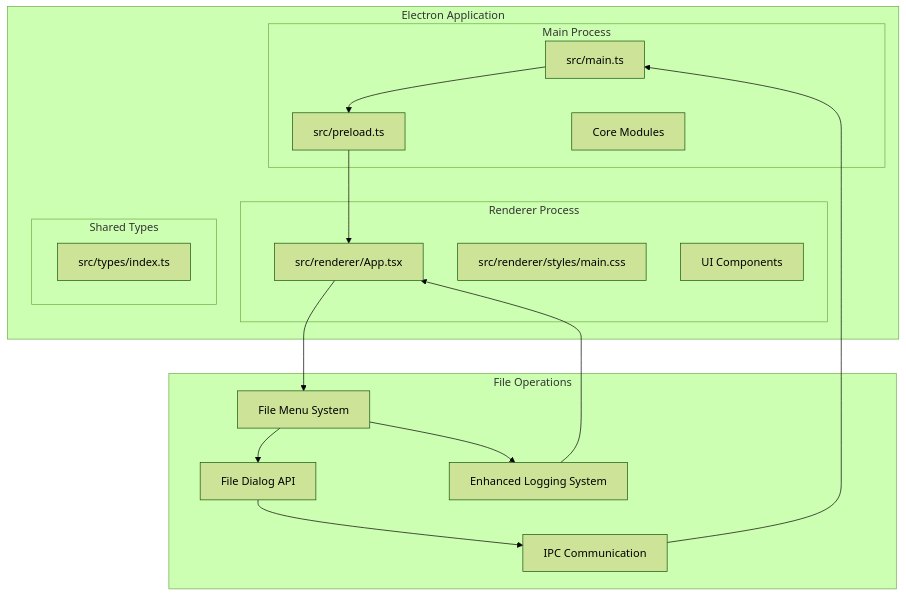
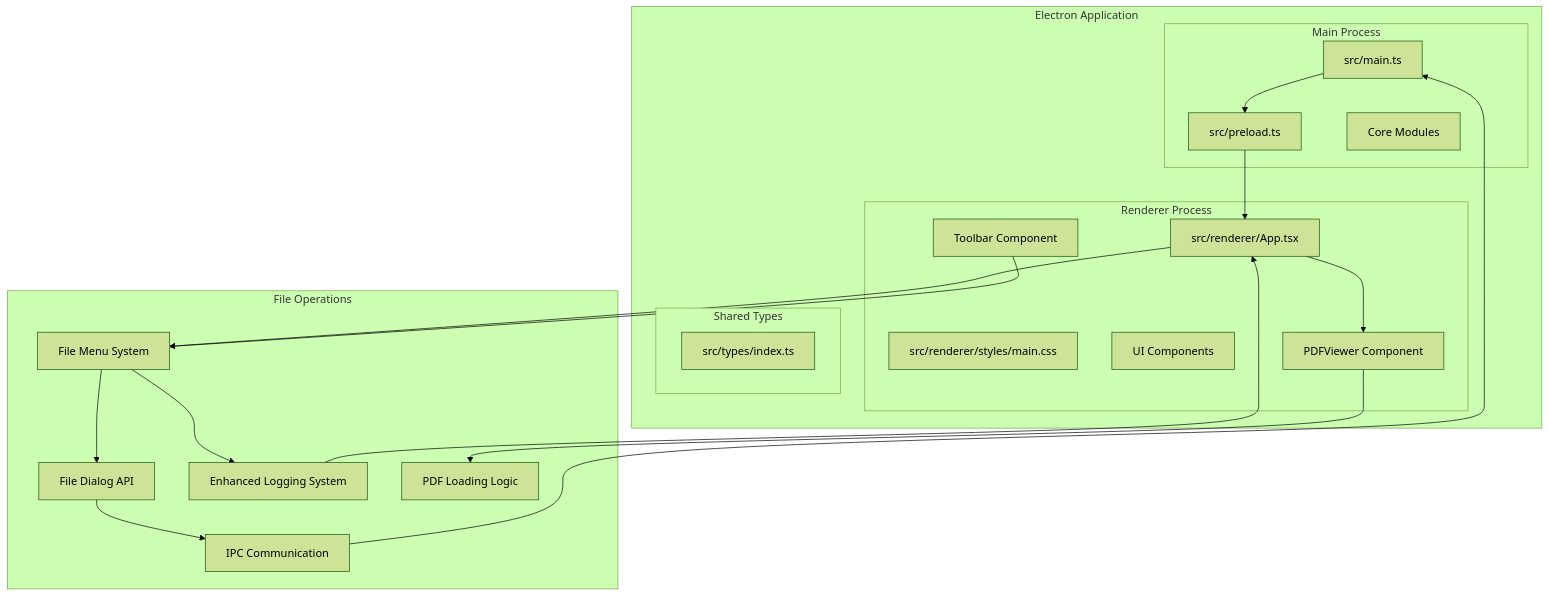
One commit to Chunde/SciPDFReader changed the first of 7 diagrams in .qoder/repowiki/en/content/Core Components/File Menu System.md. Above: the diagram before and after it, drawn with Mermaid (forest theme). The commit also changed other lines of this file and 1 other file, not shown here.

````diff
--- a/.qoder/repowiki/en/content/Core Components/File Menu System.md
+++ b/.qoder/repowiki/en/content/Core Components/File Menu System.md
@@ -49,32 +50,38 @@
 ```mermaid
 graph TB
 subgraph "Electron Application"
 subgraph "Main Process"
 MainTS[src/main.ts]
 PreloadTS[src/preload.ts]
 CoreModules[Core Modules]
 end
 subgraph "Renderer Process"
 AppTSX[src/renderer/App.tsx]
 StylesCSS[src/renderer/styles/main.css]
 Components[UI Components]
+PDFViewer[PDFViewer Component]
+Toolbar[Toolbar Component]
 end
 subgraph "Shared Types"
 TypesTS[src/types/index.ts]
 end
 end
 subgraph "File Operations"
 FileMenu[File Menu System]
 DialogAPI[File Dialog API]
 IPCCommunication[IPC Communication]
 LoggingSystem[Enhanced Logging System]
+PDFLoading[PDF Loading Logic]
 end
 MainTS --> PreloadTS
 PreloadTS --> AppTSX
 AppTSX --> FileMenu
 FileMenu --> DialogAPI
 DialogAPI --> IPCCommunication
 IPCCommunication --> MainTS
 FileMenu --> LoggingSystem
 LoggingSystem --> AppTSX
+AppTSX --> PDFViewer
+PDFViewer --> PDFLoading
+Toolbar --> FileMenu
 ```
````
